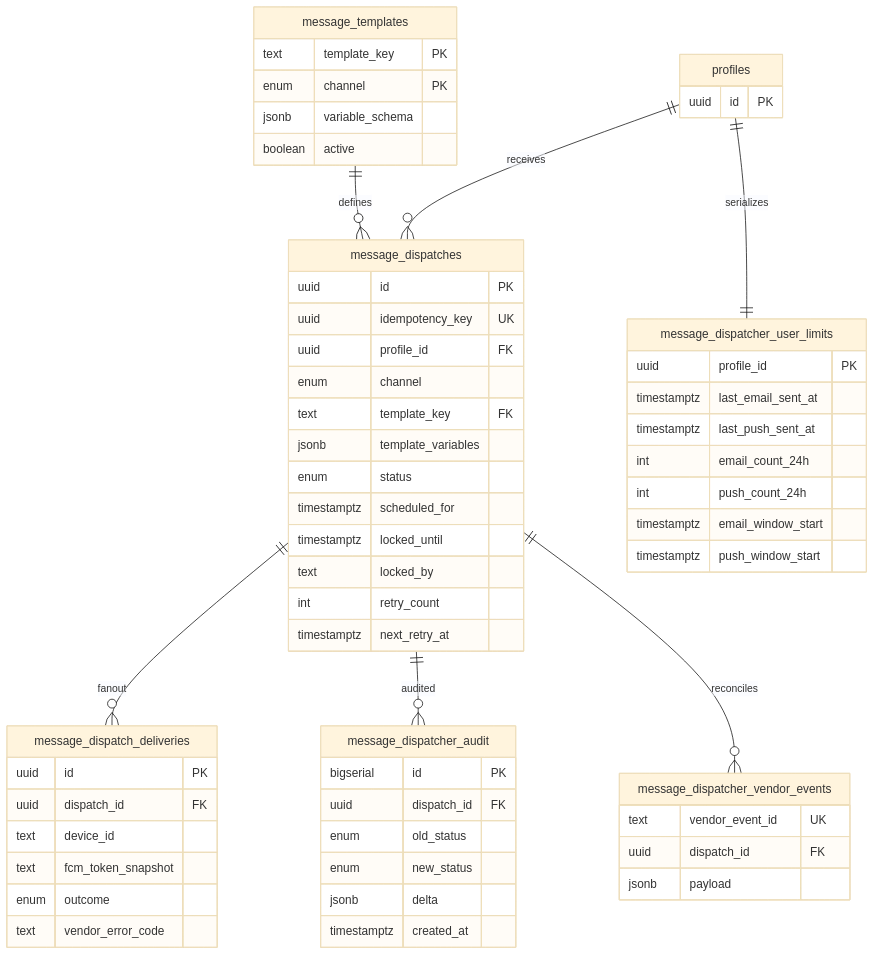
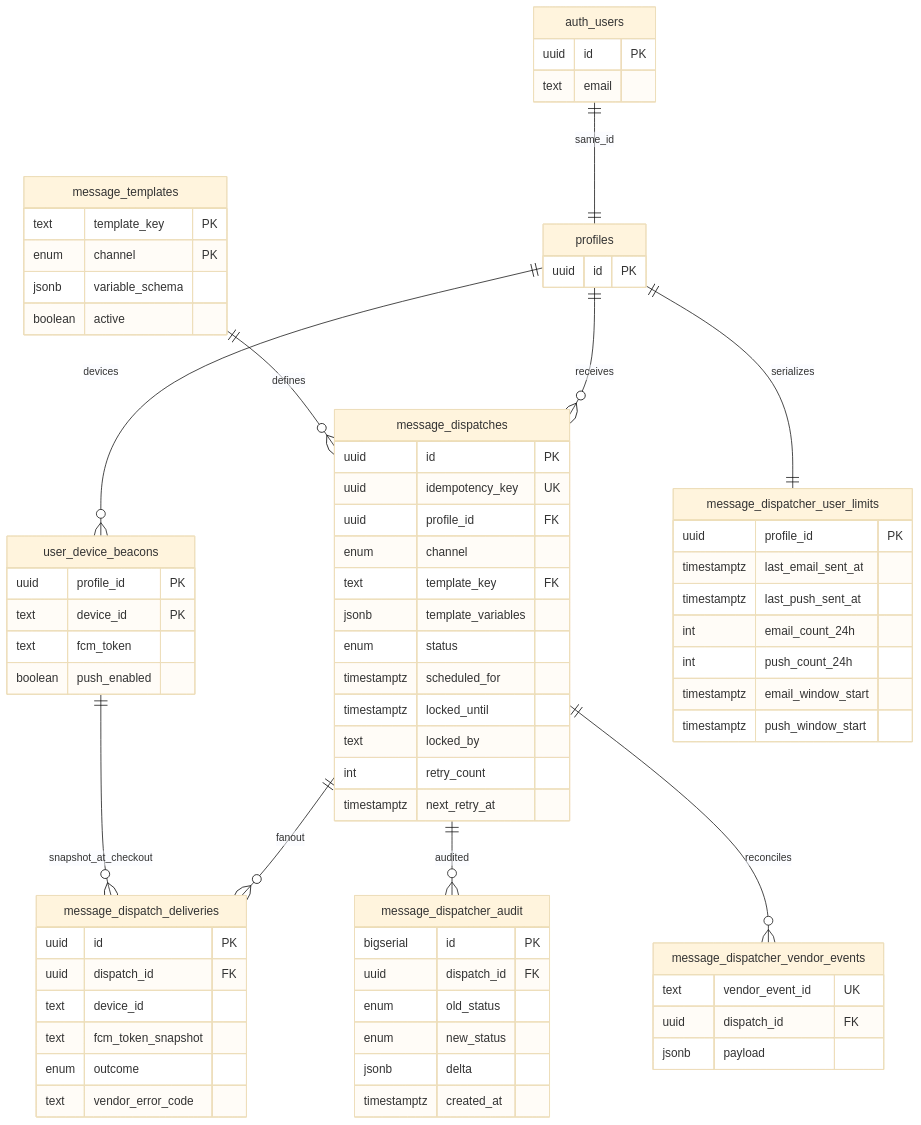
Before and after one commit to higorpo/renovi-orbit-test: the second of 7 diagrams in docs/message-dispatcher/design.md, drawn with Mermaid (base theme). The commit also changed other lines of this file, not shown here.

First line of the commit message:
Enhance Multichannel Message Dispatcher design documentation

````diff
--- a/docs/message-dispatcher/design.md
+++ b/docs/message-dispatcher/design.md
@@ -151,14 +174,29 @@
 ```mermaid
 erDiagram
+  auth_users ||--|| profiles : same_id
   profiles ||--o{ message_dispatches : receives
+  profiles ||--o{ user_device_beacons : devices
   profiles ||--|| message_dispatcher_user_limits : serializes
   message_dispatches ||--o{ message_dispatch_deliveries : fanout
   message_dispatches ||--o{ message_dispatcher_audit : audited
   message_templates ||--o{ message_dispatches : defines
   message_dispatches ||--o{ message_dispatcher_vendor_events : reconciles
+  user_device_beacons ||--o{ message_dispatch_deliveries : snapshot_at_checkout
+
+  auth_users {
+    uuid id PK
+    text email
+  }
 
   profiles {
     uuid id PK
+  }
+
+  user_device_beacons {
+    uuid profile_id PK
+    text device_id PK
+    text fcm_token
+    boolean push_enabled
   }
 
   message_dispatches {
````
